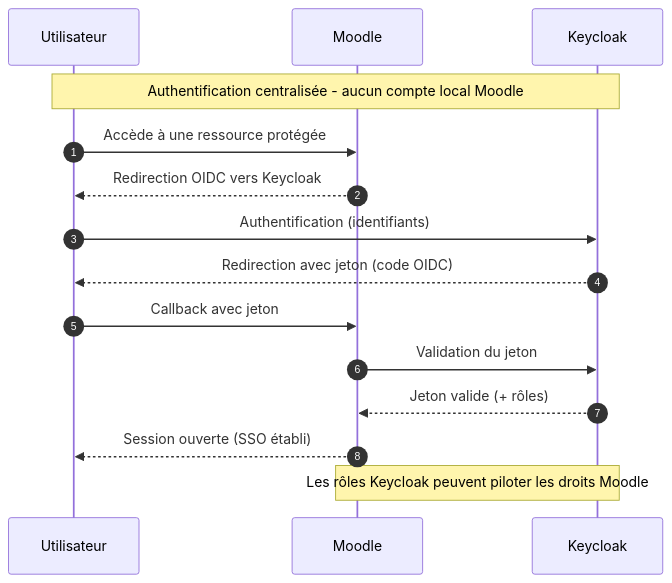
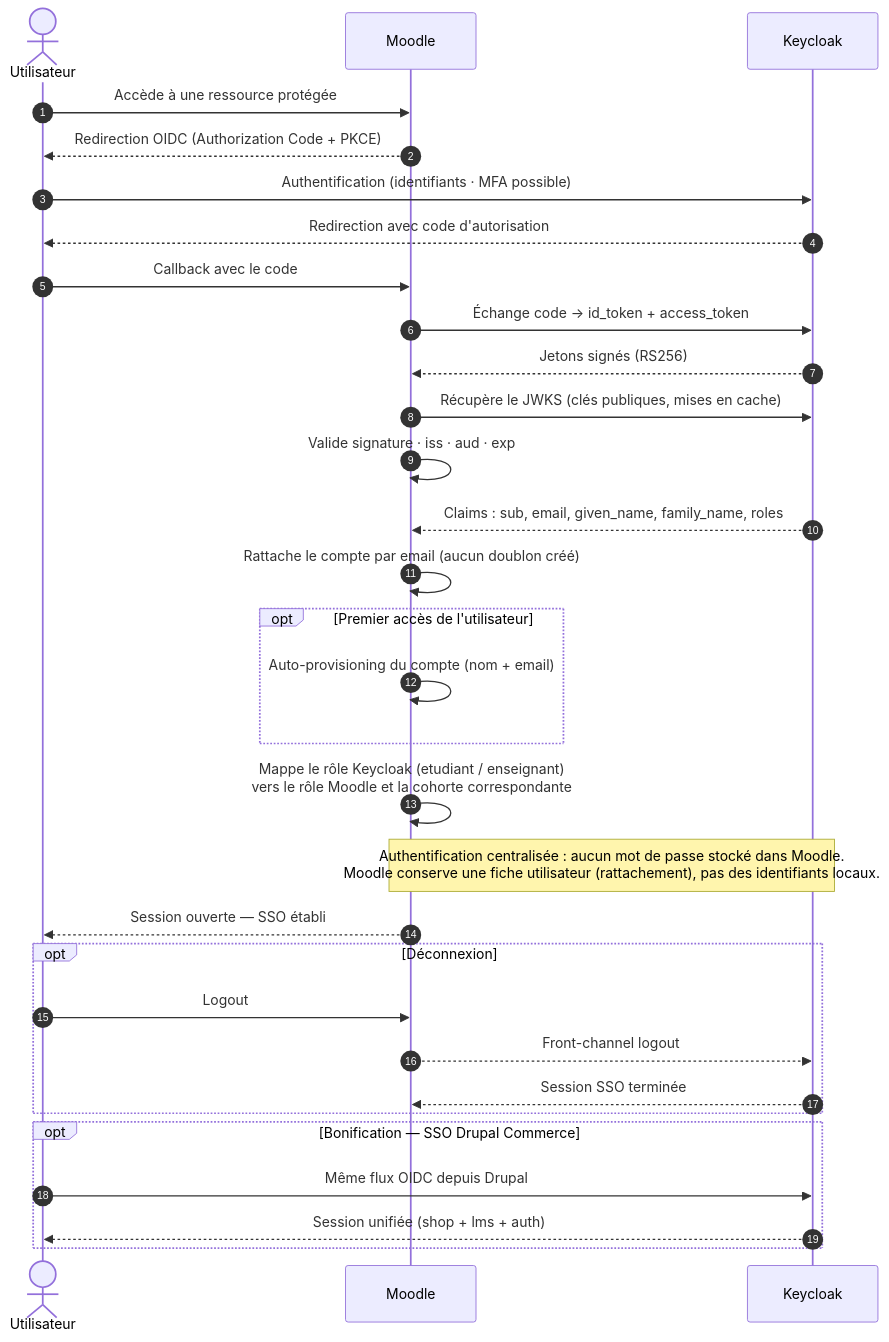
One commit to 20GHhub19/CR465-travail-de-session changed the diagram in docs/architecture/04-sequence-sso.md. Above: the diagram before and after it, drawn with Mermaid. The commit also changed other lines of this file and 11 other files, not shown here.

First line of the commit message:
docs(architecture): schemas consolides, guide de lecture et contributions

````diff
--- a/docs/architecture/04-sequence-sso.md
+++ b/docs/architecture/04-sequence-sso.md
@@ -6,24 +9,38 @@
 ```mermaid
-%% ============================================================
-%% Schéma 4 - Séquence SSO (OIDC) Moodle <-> Keycloak
-%% Keycloak = fournisseur d'identité unique (IAM)
-%% Minimum exigé par la grille : SSO fonctionnel vers Moodle
-%% ============================================================
 sequenceDiagram
     autonumber
-    participant U as Utilisateur
+    actor U as Utilisateur
     participant M as Moodle
     participant K as Keycloak
 
-    Note over U,K: Authentification centralisée - aucun compte local Moodle
     U->>M: Accède à une ressource protégée
-    M-->>U: Redirection OIDC vers Keycloak
-    U->>K: Authentification (identifiants)
-    K-->>U: Redirection avec jeton (code OIDC)
-    U->>M: Callback avec jeton
-    M->>K: Validation du jeton
-    K-->>M: Jeton valide (+ rôles)
-    M-->>U: Session ouverte (SSO établi)
+    M-->>U: Redirection OIDC (Authorization Code + PKCE)
+    U->>K: Authentification (identifiants · MFA possible)
+    K-->>U: Redirection avec code d'autorisation
+    U->>M: Callback avec le code
+    M->>K: Échange code → id_token + access_token
+    K-->>M: Jetons signés (RS256)
+    M->>K: Récupère le JWKS (clés publiques, mises en cache)
+    M->>M: Valide signature · iss · aud · exp
+    K-->>M: Claims : sub, email, given_name, family_name, roles
+    M->>M: Rattache le compte par email (aucun doublon créé)
 
-    Note over M,K: Les rôles Keycloak peuvent piloter les droits Moodle
+    opt Premier accès de l'utilisateur
+        M->>M: Auto-provisioning du compte (nom + email)
+    end
+
+    M->>M: Mappe le rôle Keycloak (etudiant / enseignant)<br/>vers le rôle Moodle et la cohorte correspondante
+    Note over M,K: Authentification centralisée : aucun mot de passe stocké dans Moodle.<br/>Moodle conserve une fiche utilisateur (rattachement), pas des identifiants locaux.
+    M-->>U: Session ouverte — SSO établi
+
+    opt Déconnexion
+        U->>M: Logout
+        M-->>K: Front-channel logout
+        K-->>M: Session SSO terminée
+    end
+
+    opt Bonification — SSO Drupal Commerce
+        U->>K: Même flux OIDC depuis Drupal
+        K-->>U: Session unifiée (shop + lms + auth)
+    end
 ```
````
